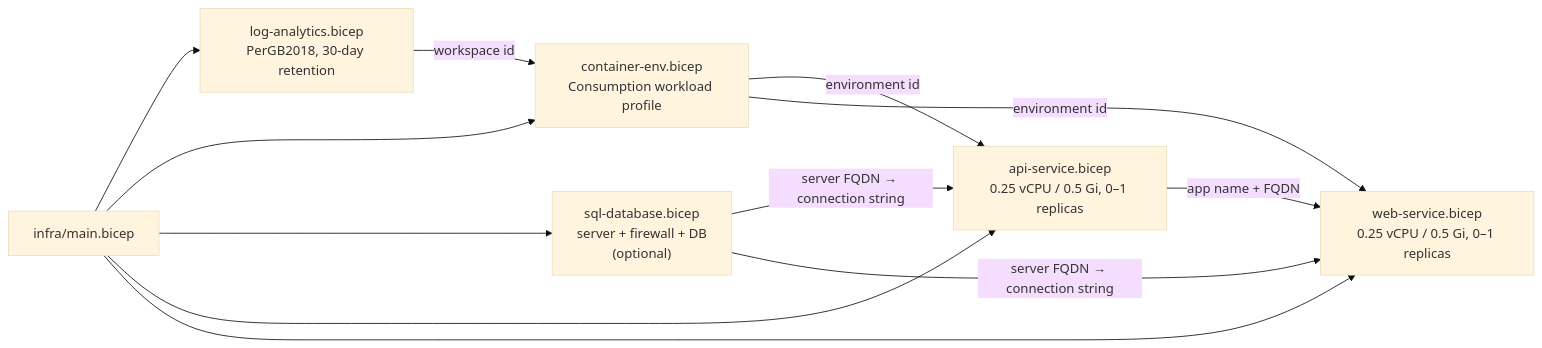
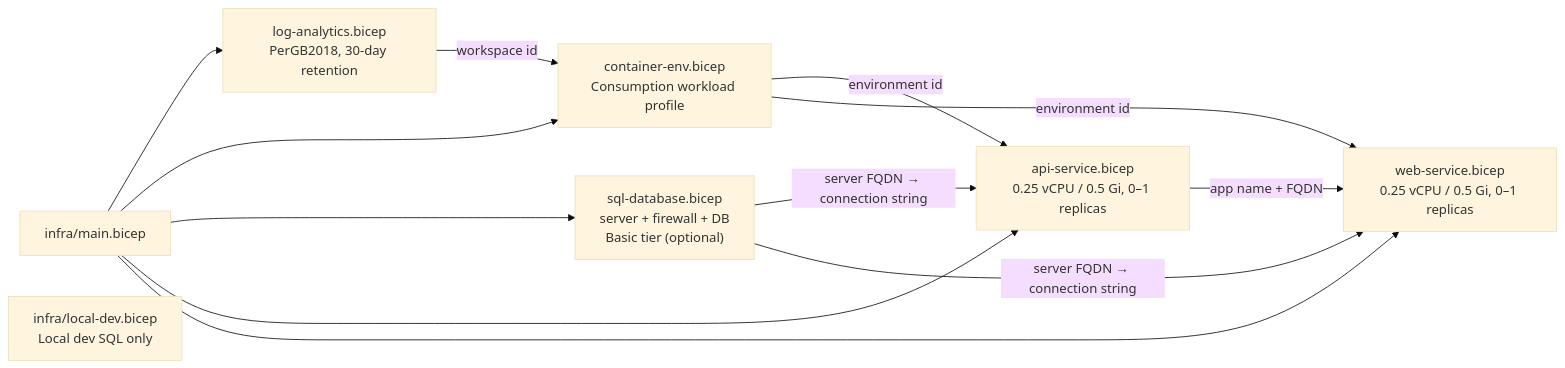
One commit to tngo0508/PersonalFinance changed the fifth of 8 diagrams in deployment.md. Above: the diagram before and after it, drawn with Mermaid (base theme). The commit also changed other lines of this file and 2 other files, not shown here.

````diff
--- a/deployment.md
+++ b/deployment.md
@@ -205,15 +205,16 @@
 ```mermaid
 flowchart LR
     main["infra/main.bicep"]
+    local["infra/local-dev.bicep<br/>Local dev SQL only"]
     la["log-analytics.bicep<br/>PerGB2018, 30-day retention"]
     env["container-env.bicep<br/>Consumption workload profile"]
-    sql["sql-database.bicep<br/>server + firewall + DB<br/>(optional)"]
+    sql["sql-database.bicep<br/>server + firewall + DB<br/>Basic tier (optional)"]
     apim["api-service.bicep<br/>0.25 vCPU / 0.5 Gi, 0–1 replicas"]
     webm["web-service.bicep<br/>0.25 vCPU / 0.5 Gi, 0–1 replicas"]
 
     main --> la & env & sql & apim & webm
     la -- "workspace id" --> env
     env -- "environment id" --> apim & webm
     sql -- "server FQDN → connection string" --> apim & webm
     apim -- "app name + FQDN" --> webm
 ```
````
